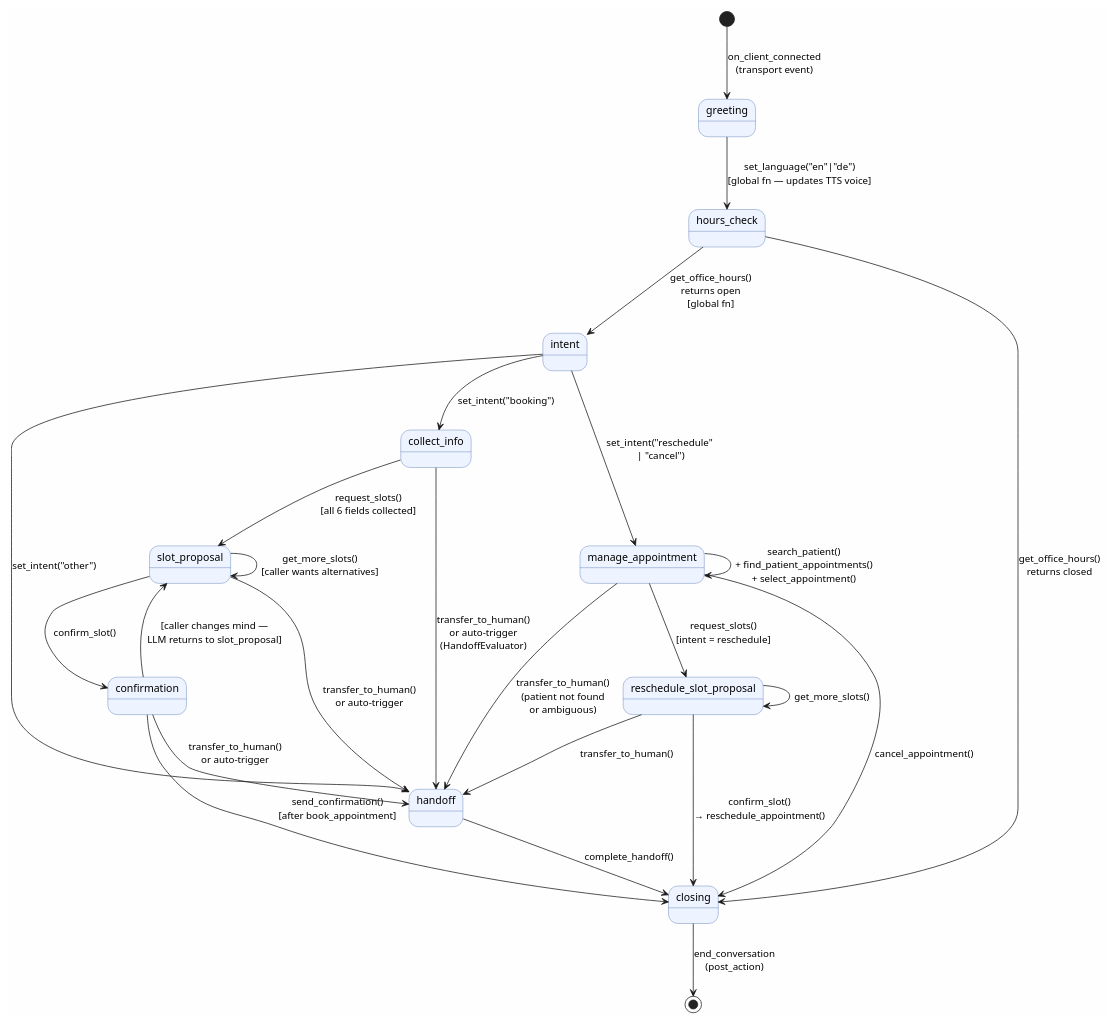
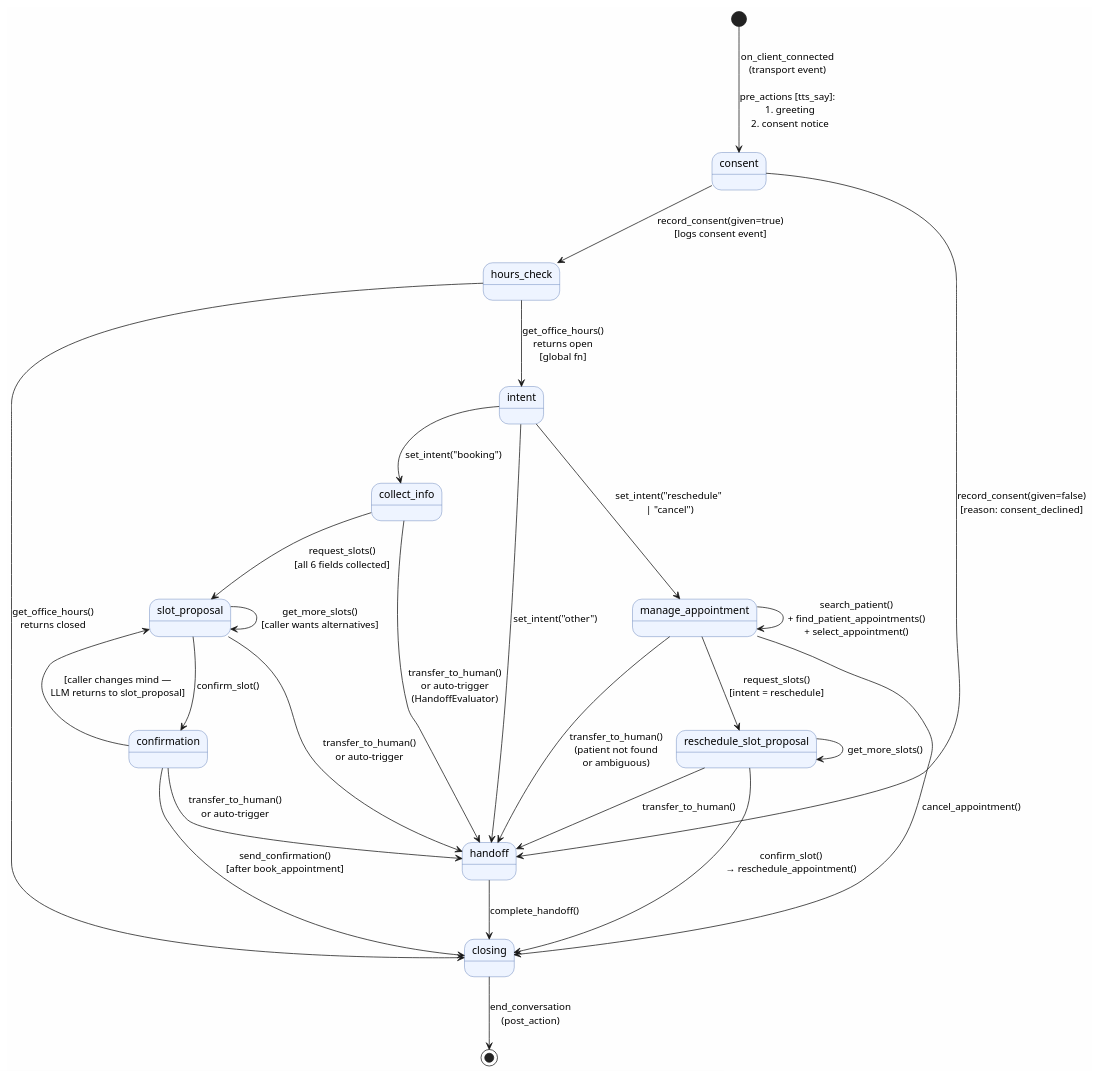
The third of 8 diagrams in docs/architecture.adoc (pweig/agent-receptionist), drawn with PlantUML before and after one commit. The commit also changed other lines of this file and 20 other files, not shown here.

```diff
--- a/docs/architecture.adoc
+++ b/docs/architecture.adoc
@@ -133,44 +133,45 @@
 [plantuml,state-machine,svg]
 ....
 @startuml
 skinparam backgroundColor #FEFEFE
 skinparam StateBackgroundColor #EEF4FF
 skinparam StateBorderColor #4466AA
 
-[*] --> greeting : on_client_connected\n(transport event)
+[*] --> consent : on_client_connected\n(transport event)\n\npre_actions [tts_say]:\n  1. greeting\n  2. consent notice
 
-greeting --> hours_check : set_language("en"|"de")\n[global fn — updates TTS voice]
+consent --> hours_check : record_consent(given=true)\n[logs consent event]
+consent --> handoff : record_consent(given=false)\n[reason: consent_declined]
 
 hours_check --> intent : get_office_hours()\nreturns open\n[global fn]
 hours_check --> closing : get_office_hours()\nreturns closed
 
 intent --> collect_info : set_intent("booking")
 intent --> manage_appointment : set_intent("reschedule"\n | "cancel")
 intent --> handoff : set_intent("other")
 
 collect_info --> slot_proposal : request_slots()\n[all 6 fields collected]
 collect_info --> handoff : transfer_to_human()\nor auto-trigger\n(HandoffEvaluator)
 
 slot_proposal --> slot_proposal : get_more_slots()\n[caller wants alternatives]
 slot_proposal --> confirmation : confirm_slot()
 slot_proposal --> handoff : transfer_to_human()\nor auto-trigger
 
 confirmation --> closing : send_confirmation()\n[after book_appointment]
 confirmation --> slot_proposal : [caller changes mind —\nLLM returns to slot_proposal]
 confirmation --> handoff : transfer_to_human()\nor auto-trigger
 
 manage_appointment --> manage_appointment : search_patient()\n+ find_patient_appointments()\n+ select_appointment()
 manage_appointment --> closing : cancel_appointment()
 manage_appointment --> reschedule_slot_proposal : request_slots()\n[intent = reschedule]
 manage_appointment --> handoff : transfer_to_human()\n(patient not found\nor ambiguous)
 
 reschedule_slot_proposal --> reschedule_slot_proposal : get_more_slots()
 reschedule_slot_proposal --> closing : confirm_slot()\n→ reschedule_appointment()
 reschedule_slot_proposal --> handoff : transfer_to_human()
 
 handoff --> closing : complete_handoff()
 
 closing --> [*] : end_conversation\n(post_action)
 
 @enduml
 ....
```
